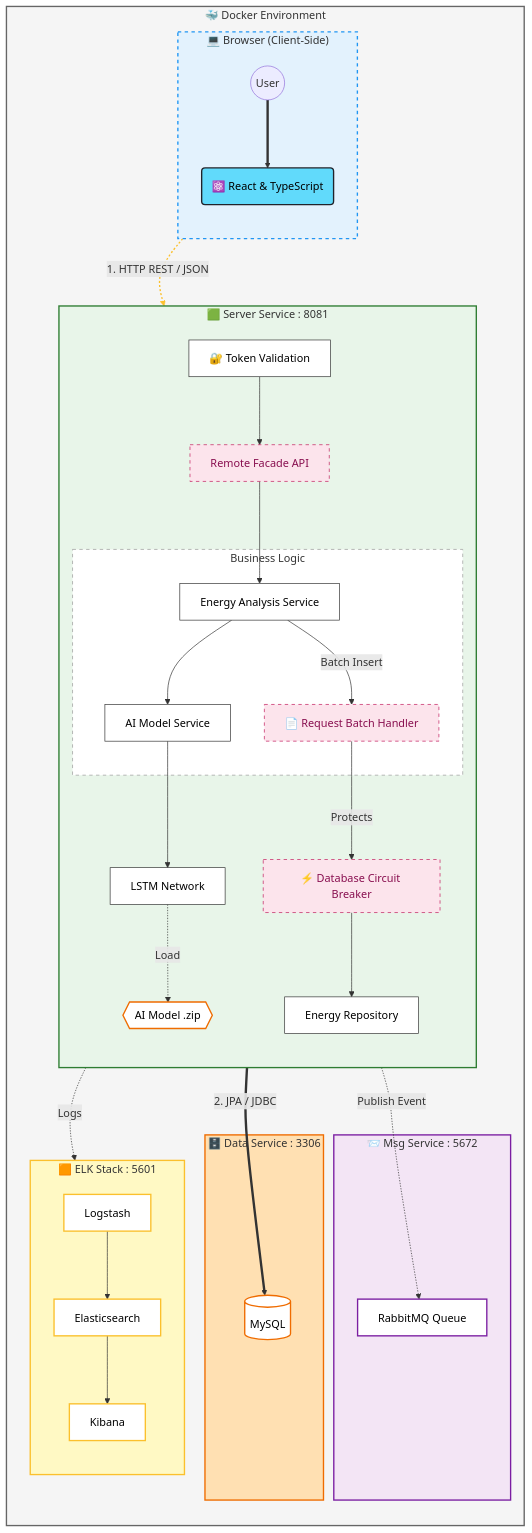
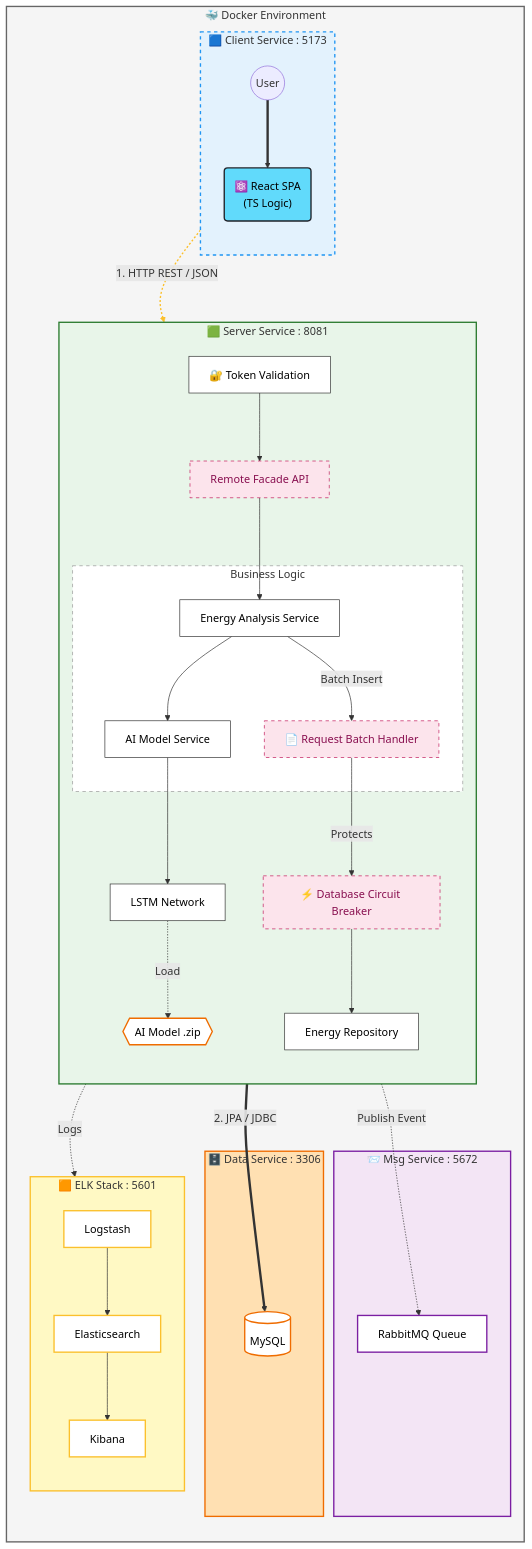
One commit to nameisalfio/nexus-energy-ds changed the diagram in assets/mermaid_sources/architecture_diagram.mmd. Above: the diagram before and after it, drawn with Mermaid. The commit also changed 5 other files, not shown here.

```diff
--- a/assets/mermaid_sources/architecture_diagram.mmd
+++ b/assets/mermaid_sources/architecture_diagram.mmd
@@ -1,106 +1,106 @@
 flowchart TD
     %% --- CLASS DEFINITIONS ---
     classDef component fill:#ffffff,stroke:#333,stroke-width:1px,color:black
     classDef db fill:#ffffff,stroke:#ef6c00,stroke-width:2px,color:black
     classDef pattern fill:#fce4ec,stroke:#c2185b,stroke-width:1px,stroke-dasharray: 5 5,color:#880e4f
     classDef logging fill:#ffffff,stroke:#fbc02d,stroke-width:2px,color:black
     classDef frontend fill:#61dafb,stroke:#20232a,stroke-width:2px,color:black
     classDef queue fill:#ffffff,stroke:#7b1fa2,stroke-width:2px,color:black
     classDef container fill:#f5f5f5,stroke:#666,stroke-width:2px
 
     %% --- BACKEND ENVIRONMENT ---
     subgraph Docker_Host ["🐳 Docker Environment"]
         direction TB
 
         %% --- FRONTEND ENVIRONMENT ---
-        subgraph Browser_Env ["💻 Browser (Client-Side)"]
+        subgraph Browser_Env ["🟦 Client Service : 5173"]
             direction TB
             User((User))
-            ReactApp("⚛️ React & TypeScript"):::frontend
+            ReactApp("⚛️ React SPA<br/>(TS Logic)"):::frontend
             User ==> ReactApp
         end
 
         %% --- SERVER MICROSERVICE (CORE) ---
         subgraph Server_App ["🟩 Server Service : 8081"]
             direction TB
             
             %% Entry Points
             Auth[🔐 Token Validation]:::component
             Facade[Remote Facade API]:::pattern
             
             %% Business Logic Layer
             subgraph Business_Logic ["Business Logic"]
                 Service[Energy Analysis Service]:::component
                 AI[AI Model Service]:::component
                 Batch[📄 Request Batch Handler]:::pattern
             end
             
             %% Data Access Layer
             CB_Database[⚡ Database Circuit Breaker]:::pattern
             Repo[Energy Repository]:::component
             ModelFile{{AI Model .zip}}:::db
             
             %% Connections
             Auth --> Facade
             Facade --> Service
             
             Service --> AI
             Service --"Batch Insert"--> Batch
             
             AI --> LSTM[LSTM Network]:::component
             LSTM -.->|"Load"| ModelFile
             
             %% Protection & Persistence Flows
             Batch --"Protects"--> CB_Database
             %%Service --"Protects"--> CB_Database
             CB_Database --> Repo
         end
 
         %% --- INFRASTRUCTURE SERVICES ---
         
         subgraph Messaging_Service ["📨 Msg Service : 5672"]
             RabbitMQ[RabbitMQ Queue]:::queue
         end
 
         subgraph Data_Service ["🗄️ Data Service : 3306"]
             MySQL[(MySQL)]:::db
         end
 
         subgraph ELK_Stack ["🟧 ELK Stack : 5601"]
             direction TB
             Logstash[Logstash]:::logging
             Elasticsearch[Elasticsearch]:::logging
             Kibana[Kibana]:::logging
             
             Logstash --> Elasticsearch --> Kibana
         end
     end
 
     %% --- DIRECT CONNECTIONS (No BFF) ---
     
     %% Browser -> Server Core (Direct Call)
     ReactApp == "1. HTTP REST / JSON" ==> Auth
     
     %% Server -> Infrastructure
     Repo == "2. JPA / JDBC" ==> MySQL
     AI -.->|"Publish Event"| RabbitMQ
 
     %% Logging Flows
     Server_App -.-> |"Logs"| Logstash
 
     %% --- LAYOUT OPTIMIZATION ---
     Browser_Env ~~~ Server_App
     Server_App ~~~ Data_Service
     Server_App ~~~ Messaging_Service
     Server_App ~~~ ELK_Stack
 
     %% --- STYLES ---
     style Browser_Env fill:#e3f2fd,stroke:#2196f3,stroke-width:2px,stroke-dasharray: 5 5
     style Docker_Host fill:#f5f5f5,stroke:#666,stroke-width:2px
     style Server_App fill:#e8f5e9,stroke:#2e7d32,stroke-width:2px
     style Data_Service fill:#ffe0b2,stroke:#ef6c00,stroke-width:2px
     style Messaging_Service fill:#f3e5f5,stroke:#7b1fa2,stroke-width:2px
     style ELK_Stack fill:#fff9c4,stroke:#fbc02d,stroke-width:2px
     style Business_Logic fill:#ffffff,stroke:#999,stroke-width:1px,stroke-dasharray: 5 5
 
     linkStyle 11 stroke:#fbc02d,stroke-width:2px,stroke-dasharray: 3 3;
```
